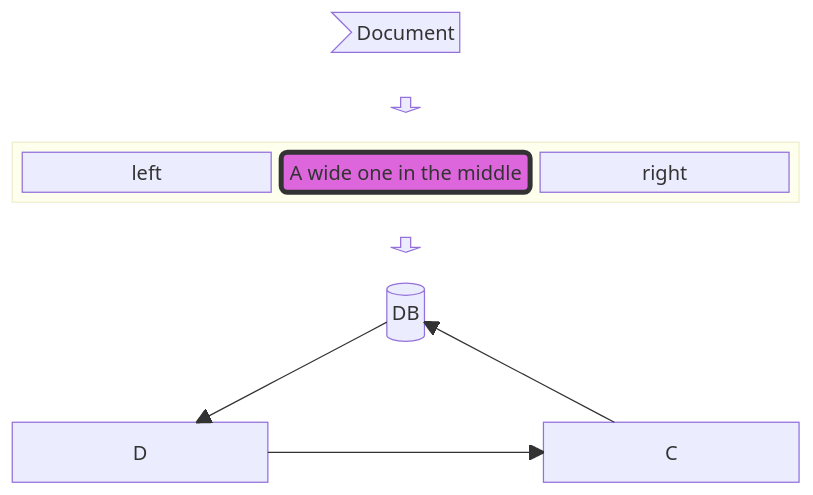
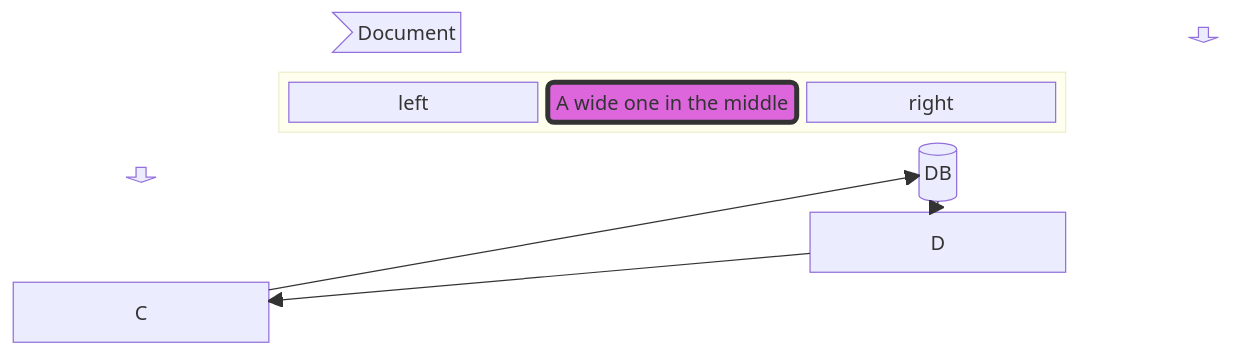
The diagram in all/未命名.md (zhitian/iodraw-files), drawn with Mermaid before and after one commit.

Commit message:
2025-02-03 16:31:22 update

````diff
--- a/all/未命名.md
+++ b/all/未命名.md
@@ -1,21 +1,21 @@
 ```mermaid
 block-beta
-    columns 3
+    columns 5
     doc>"Document"]:3
     space down1<[" "]>(down) space
 
   block:e:3
           l["left"]
           m("A wide one in the middle")
           r["right"]
   end
     space down2<[" "]>(down) space
     db[("DB")]:3
     space:3
     D space C
     db --> D
     C --> db
     D --> C
     style m fill:#d6d,stroke:#333,stroke-width:4px   		
 	  
 ```
````
